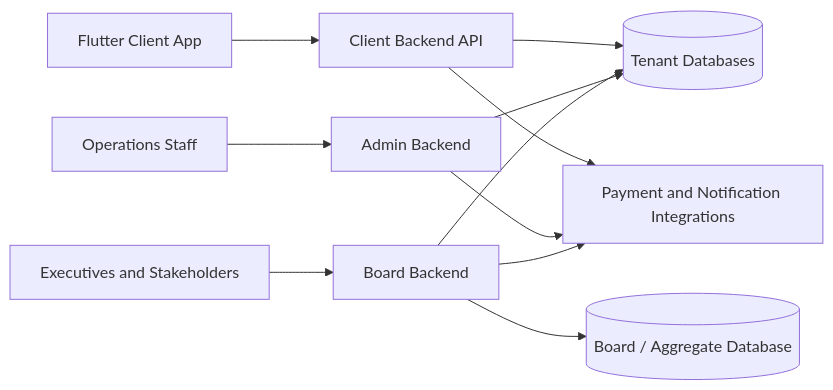
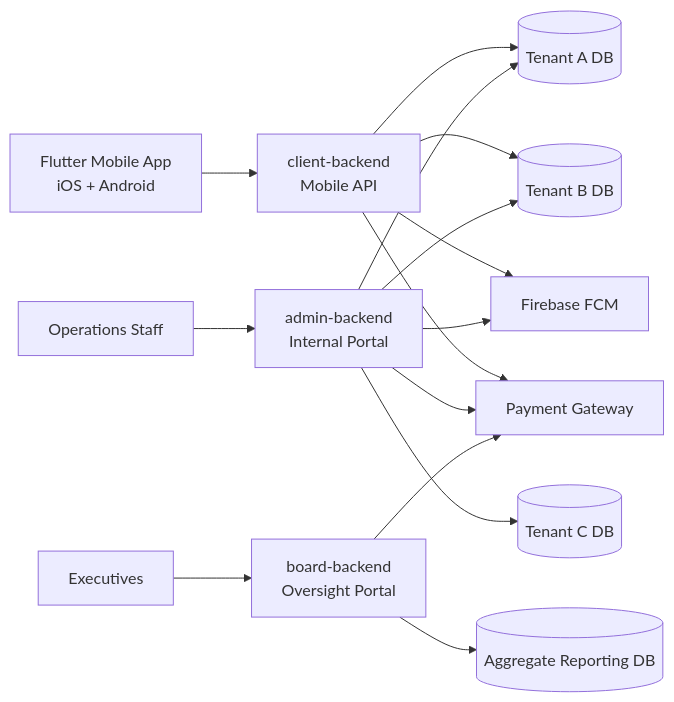
One commit to Yusuf-Kolayo/awmas-architecture changed the diagram in README.md. Above: the diagram before and after it, drawn with Mermaid. The commit also changed other lines of this file and 2 other files, not shown here.

````diff
--- a/README.md
+++ b/README.md
@@ -32,15 +54,19 @@
 ```mermaid
 flowchart LR
-    A[Flutter Client App] --> B[Client Backend API]
-    O[Operations Staff] --> C[Admin Backend]
-    E[Executives and Stakeholders] --> D[Board Backend]
+    A[Flutter Mobile App<br/>iOS + Android] --> B[client-backend<br/>Mobile API]
+    O[Operations Staff] --> C[admin-backend<br/>Internal Portal]
+    E[Executives] --> D[board-backend<br/>Oversight Portal]
 
-    B --> T[(Tenant Databases)]
-    C --> T
-    D --> G[(Board / Aggregate Database)]
-    D --> T
+    B --> T1[(Tenant A DB)]
+    B --> T2[(Tenant B DB)]
+    C --> T1
+    C --> T2
+    C --> T3[(Tenant C DB)]
+    D --> G[(Aggregate Reporting DB)]
 
-    B --> P[Payment and Notification Integrations]
+    B --> P[Firebase FCM]
+    B --> P2[Payment Gateway]
     C --> P
-    D --> P
+    C --> P2
+    D --> P2
 ```
````
